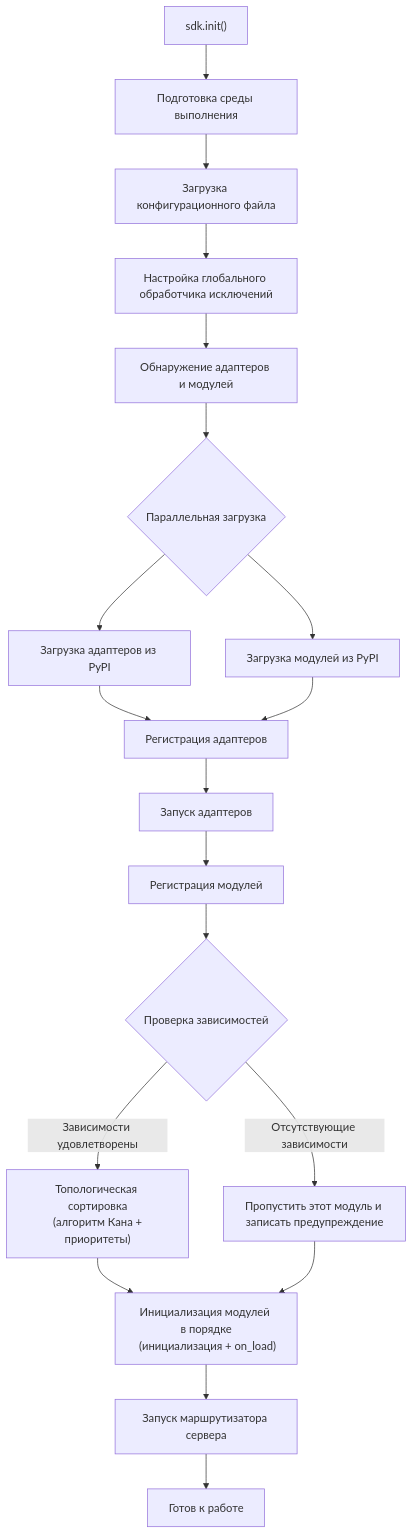
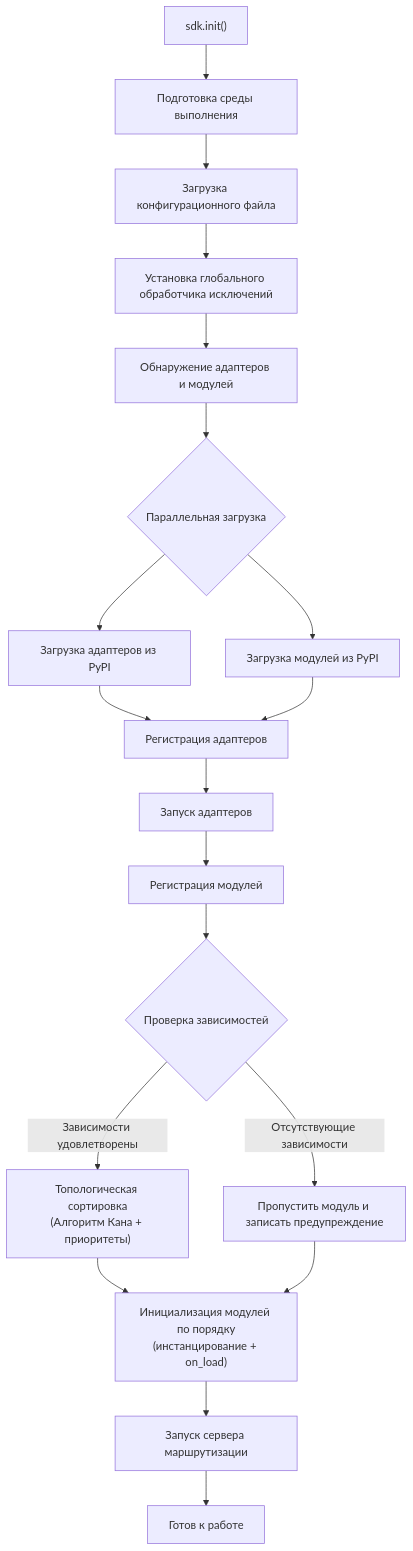
Before and after one commit to ErisPulse/ErisPulse: the second of 9 diagrams in docs/ru/architecture.md, drawn with Mermaid. The commit also changed other lines of this file and 299 other files, not shown here.

````diff
--- a/docs/ru/architecture.md
+++ b/docs/ru/architecture.md
@@ -62,20 +58,20 @@
 ```mermaid
 flowchart TD
     A["sdk.init()"] --> B["Подготовка среды выполнения"]
     B --> B1["Загрузка конфигурационного файла"]
-    B1 --> B2["Настройка глобального обработчика исключений"]
+    B1 --> B2["Установка глобального обработчика исключений"]
     B2 --> C["Обнаружение адаптеров и модулей"]
     C --> D{"Параллельная загрузка"}
     D --> D1["Загрузка адаптеров из PyPI"]
     D --> D2["Загрузка модулей из PyPI"]
     D1 & D2 --> E["Регистрация адаптеров"]
     E --> E1["Запуск адаптеров"]
     E1 --> F["Регистрация модулей"]
     F --> F1{"Проверка зависимостей"}
-    F1 -->|"Отсутствующие зависимости"| F2["Пропустить этот модуль и записать предупреждение"]
-    F1 -->|"Зависимости удовлетворены"| F3["Топологическая сортировка<br/> (алгоритм Кана + приоритеты)"]
-    F3 --> G["Инициализация модулей в порядке<br/> (инициализация + on_load)"]
+    F1 -->|"Отсутствующие зависимости"| F2["Пропустить модуль и записать предупреждение"]
+    F1 -->|"Зависимости удовлетворены"| F3["Топологическая сортировка<br/>(Алгоритм Кана + приоритеты)"]
+    F3 --> G["Инициализация модулей по порядку<br/>(инстанцирование + on_load)"]
     F2 --> G
-    G --> H["Запуск маршрутизатора сервера"]
+    G --> H["Запуск сервера маршрутизации"]
     H --> K["Готов к работе"]
 ```
````
